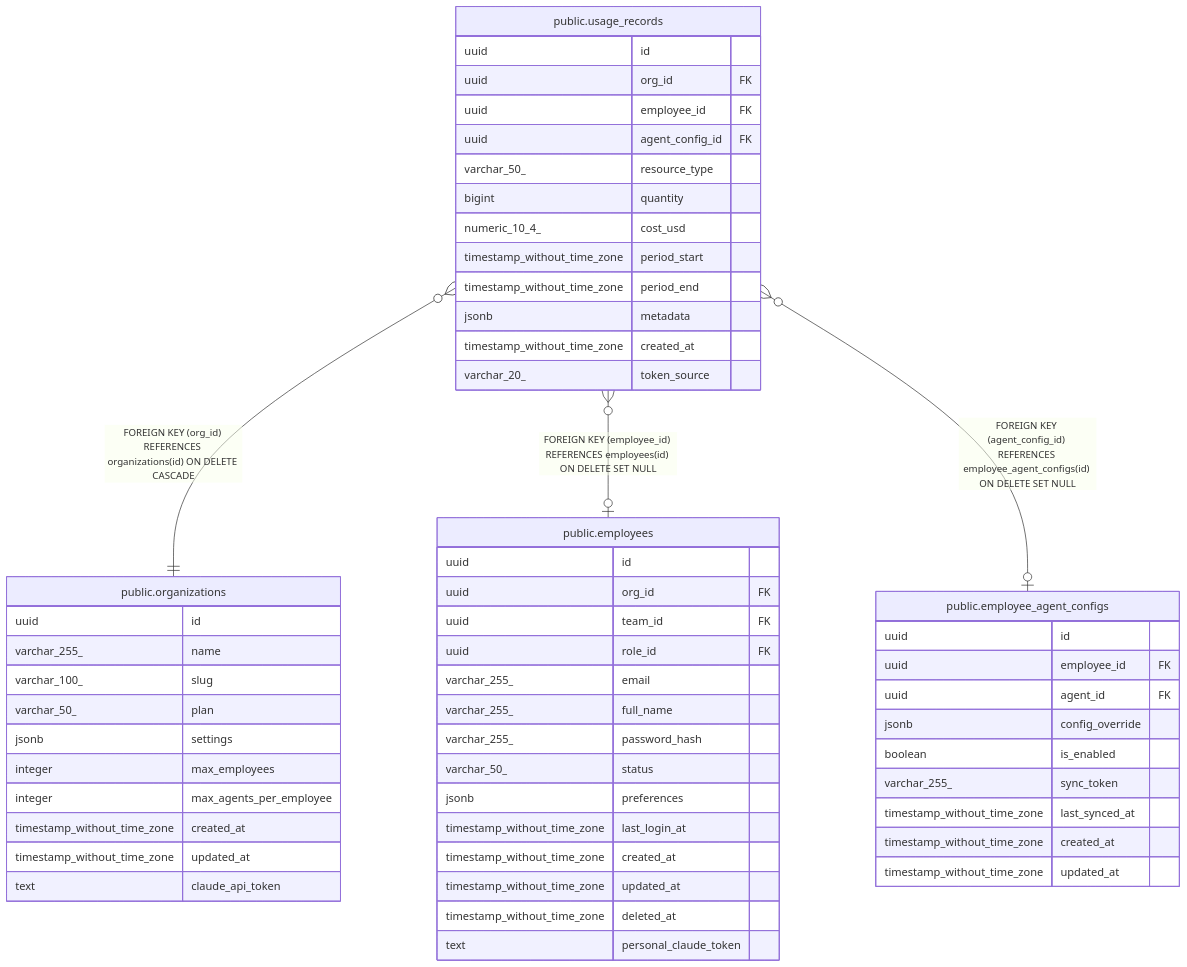
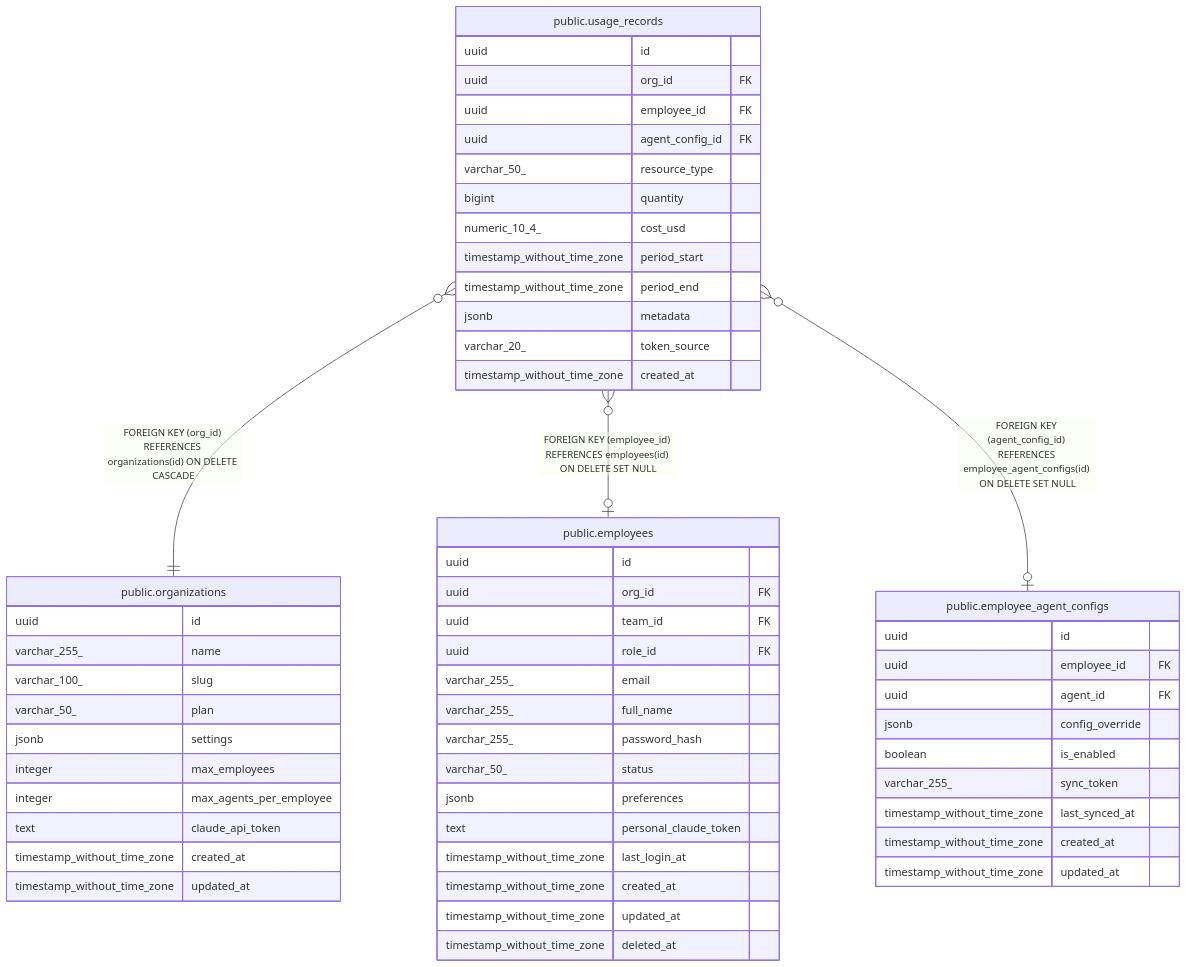
Before and after one commit to rastrigin-systems/arfa: the diagram in docs/public.usage_records.md, drawn with Mermaid. The commit also changed other lines of this file and 57 other files, not shown here.

````diff
--- a/docs/public.usage_records.md
+++ b/docs/public.usage_records.md
@@ -44,61 +44,61 @@
 ```mermaid
 erDiagram
 
 "public.usage_records" }o--|| "public.organizations" : "FOREIGN KEY (org_id) REFERENCES organizations(id) ON DELETE CASCADE"
 "public.usage_records" }o--o| "public.employees" : "FOREIGN KEY (employee_id) REFERENCES employees(id) ON DELETE SET NULL"
 "public.usage_records" }o--o| "public.employee_agent_configs" : "FOREIGN KEY (agent_config_id) REFERENCES employee_agent_configs(id) ON DELETE SET NULL"
 
 "public.usage_records" {
   uuid id
   uuid org_id FK
   uuid employee_id FK
   uuid agent_config_id FK
   varchar_50_ resource_type
   bigint quantity
   numeric_10_4_ cost_usd
   timestamp_without_time_zone period_start
   timestamp_without_time_zone period_end
   jsonb metadata
+  varchar_20_ token_source
   timestamp_without_time_zone created_at
-  varchar_20_ token_source
 }
 "public.organizations" {
   uuid id
   varchar_255_ name
   varchar_100_ slug
   varchar_50_ plan
   jsonb settings
   integer max_employees
   integer max_agents_per_employee
+  text claude_api_token
   timestamp_without_time_zone created_at
   timestamp_without_time_zone updated_at
-  text claude_api_token
 }
 "public.employees" {
   uuid id
   uuid org_id FK
   uuid team_id FK
   uuid role_id FK
   varchar_255_ email
   varchar_255_ full_name
   varchar_255_ password_hash
   varchar_50_ status
   jsonb preferences
+  text personal_claude_token
   timestamp_without_time_zone last_login_at
   timestamp_without_time_zone created_at
   timestamp_without_time_zone updated_at
   timestamp_without_time_zone deleted_at
-  text personal_claude_token
 }
 "public.employee_agent_configs" {
   uuid id
   uuid employee_id FK
   uuid agent_id FK
   jsonb config_override
   boolean is_enabled
   varchar_255_ sync_token
   timestamp_without_time_zone last_synced_at
   timestamp_without_time_zone created_at
   timestamp_without_time_zone updated_at
 }
 ```
````
